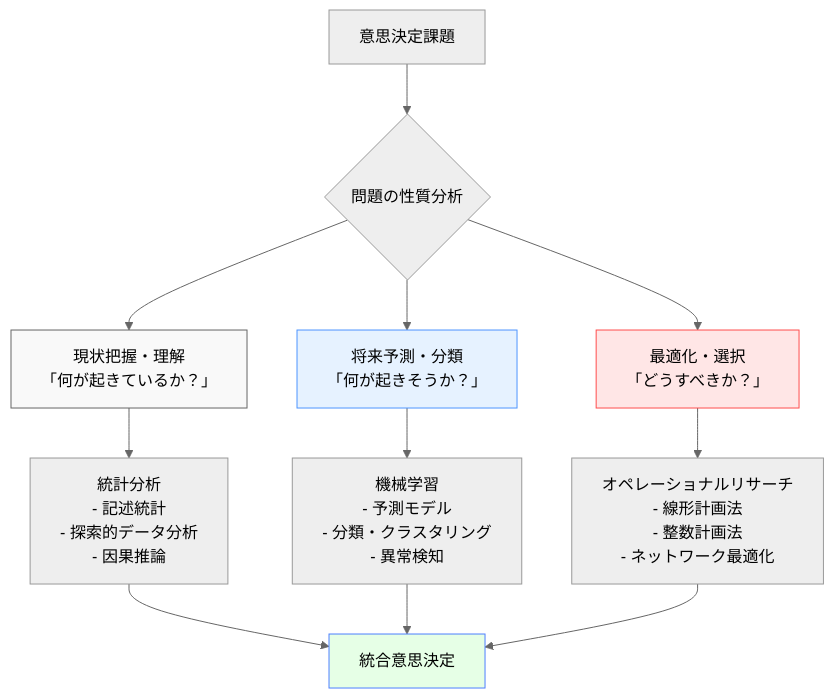
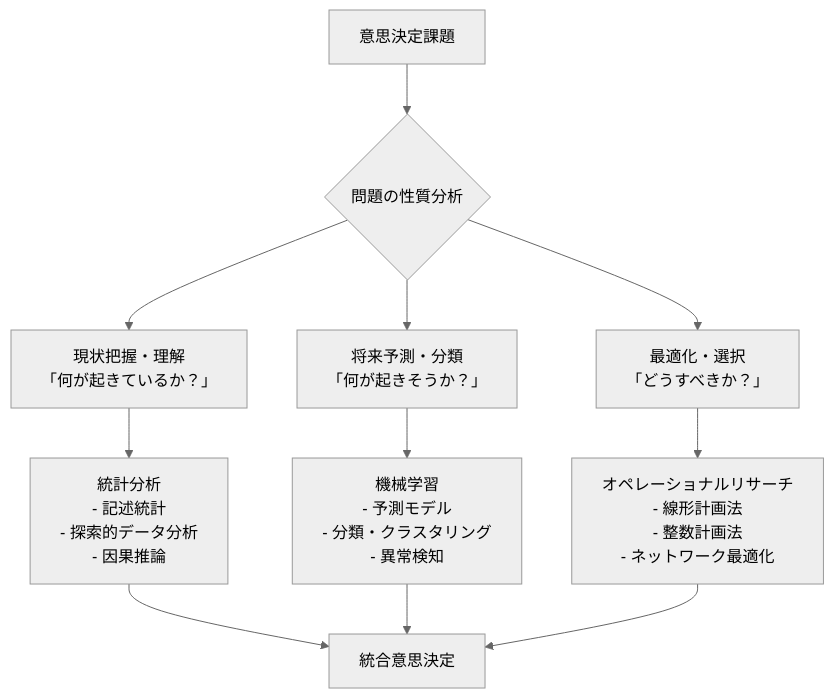
One commit to shuji-bonji/Situational-Awareness-and-Decision-Making changed the second of 5 diagrams in docs/decision-making-guide/data-driven-decisions.md. Above: the diagram before and after it, drawn with Mermaid (neutral theme). The commit also changed other lines of this file and 49 other files, not shown here.

Commit message:
fix: ダークモードで見づらい図の色の変更

````diff
--- a/docs/decision-making-guide/data-driven-decisions.md
+++ b/docs/decision-making-guide/data-driven-decisions.md
@@ -56,23 +56,23 @@
 ```mermaid
 graph TD
     A[意思決定課題] --> B{問題の性質分析}
     
     B --> C1[現状把握・理解<br/>「何が起きているか？」]
     B --> C2[将来予測・分類<br/>「何が起きそうか？」]
     B --> C3[最適化・選択<br/>「どうすべきか？」]
     
     C1 --> D1[統計分析<br/>- 記述統計<br/>- 探索的データ分析<br/>- 因果推論]
     
     C2 --> D2[機械学習<br/>- 予測モデル<br/>- 分類・クラスタリング<br/>- 異常検知]
     
     C3 --> D3[オペレーショナルリサーチ<br/>- 線形計画法<br/>- 整数計画法<br/>- ネットワーク最適化]
     
     D1 --> E[統合意思決定]
     D2 --> E
     D3 --> E
     
-    style C1 fill:#f9f9f9,stroke:#666
-    style C2 fill:#e6f2ff,stroke:#4d94ff
-    style C3 fill:#ffe6e6,stroke:#ff4d4d
-    style E fill:#e6ffe6,stroke:#4d7fff
+
+
+
+
 ```
````
